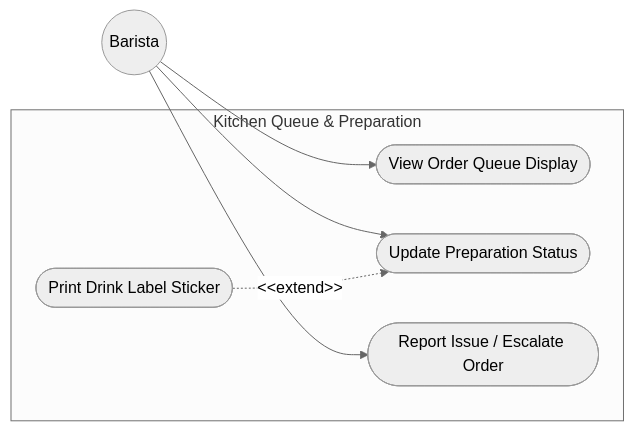
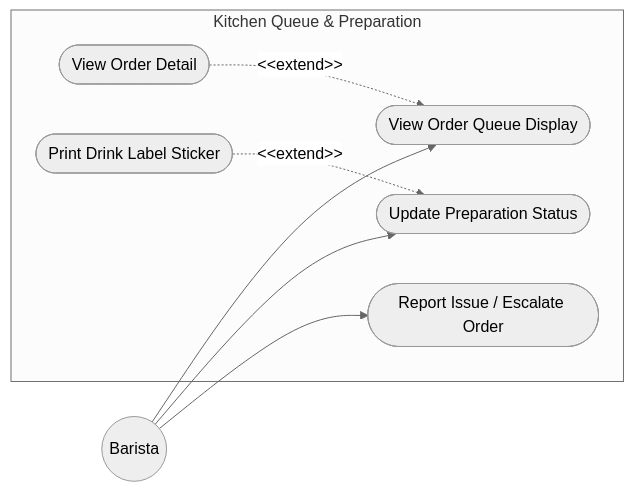
One commit to Shaichi/Khoga_coffe_shop changed the sixth of 6 diagrams in sections/02_user_requirements.md. Above: the diagram before and after it, drawn with Mermaid (neutral theme). The commit also changed other lines of this file and 45 other files, not shown here.

````diff
--- a/sections/02_user_requirements.md
+++ b/sections/02_user_requirements.md
@@ -268,21 +293,23 @@
 ```mermaid
 graph LR
     %% Actors
     Actor_Barista((Barista))
 
     %% Use Cases
     subgraph Kitchen Queue & Preparation
         UC_ViewQueue([View Order Queue Display])
+        UC_ViewOrderDetail([View Order Detail])
         UC_UpdatePrep([Update Preparation Status])
         UC_PrintLabel([Print Drink Label Sticker])
         UC_ReportIssue([Report Issue / Escalate Order])
     end
 
     %% Connections
     Actor_Barista --> UC_ViewQueue
     Actor_Barista --> UC_UpdatePrep
     Actor_Barista --> UC_ReportIssue
 
     %% Extends
     UC_PrintLabel -.-> |"&lt;&lt;extend&gt;&gt;"| UC_UpdatePrep
+    UC_ViewOrderDetail -.-> |"&lt;&lt;extend&gt;&gt;"| UC_ViewQueue
 ```
````
